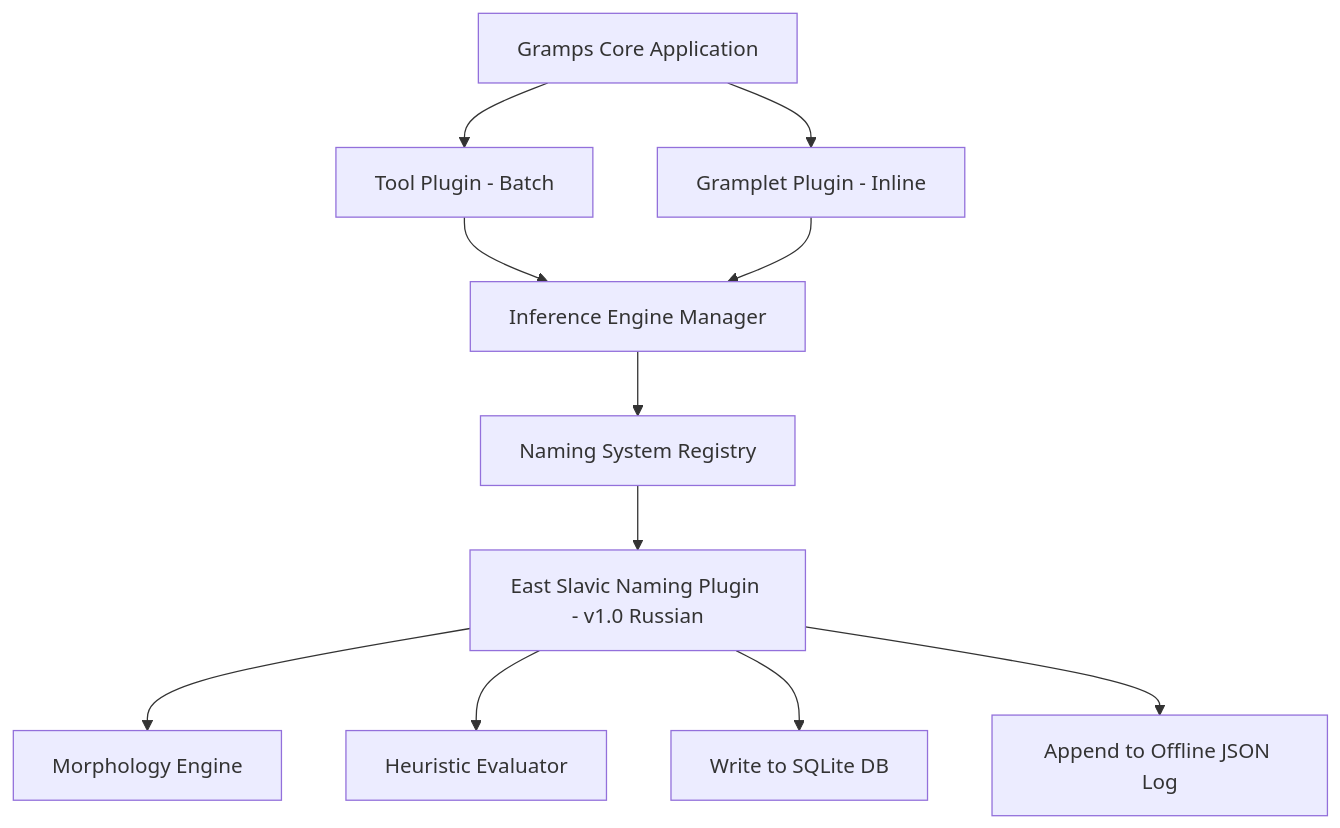
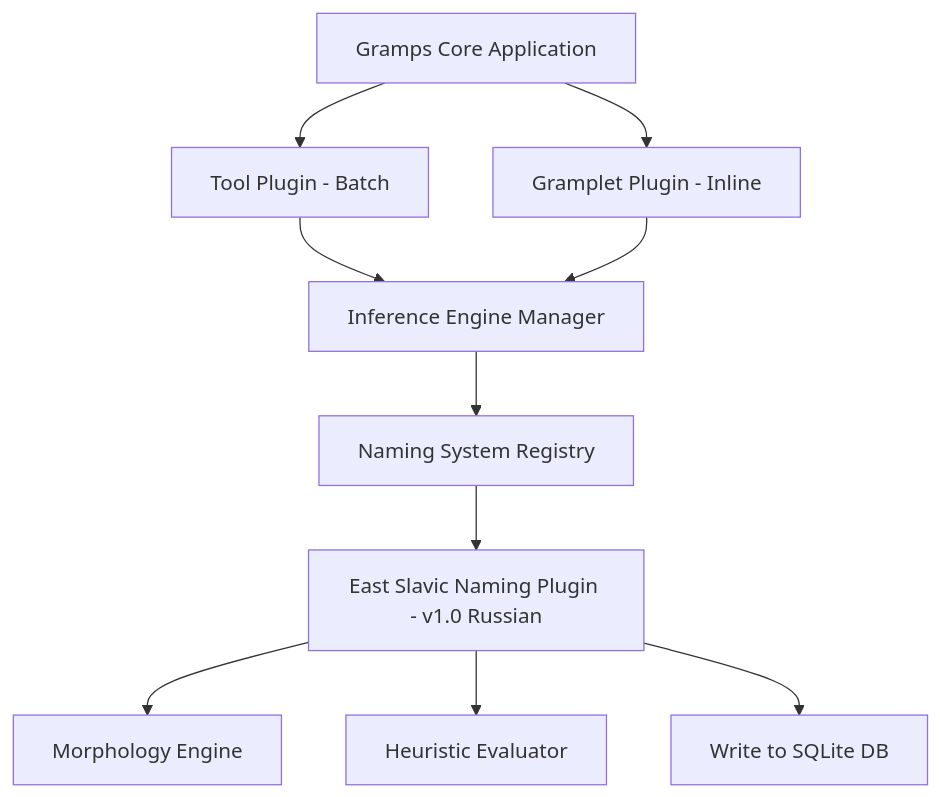
The second of 4 diagrams in docs/rfc.md (bryndin/namesuite), drawn with Mermaid before and after one commit. The commit also changed other lines of this file and 1 other file, not shown here.

````diff
--- a/docs/rfc.md
+++ b/docs/rfc.md
@@ -94,13 +91,12 @@
 ```mermaid
 graph TD
     GC[Gramps Core Application] --> TP[Tool Plugin - Batch]
     GC --> GP[Gramplet Plugin - Inline]
     TP --> IEM[Inference Engine Manager]
     GP --> IEM
     IEM --> REG[Naming System Registry]
     REG --> ESNP[East Slavic Naming Plugin - v1.0 Russian]
     ESNP --> ME[Morphology Engine]
     ESNP --> HE[Heuristic Evaluator]
     ESNP --> WDB[Write to SQLite DB]
-    ESNP --> WLG[Append to Offline JSON Log]
 ```
````
